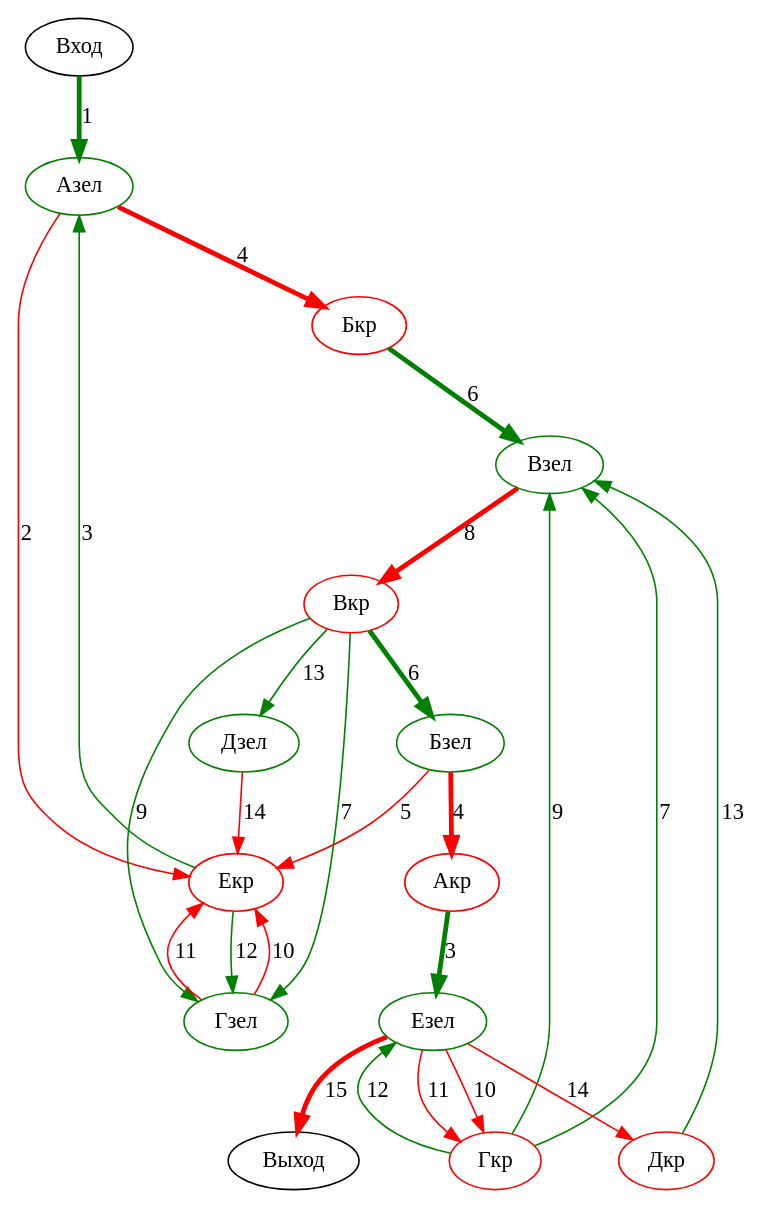
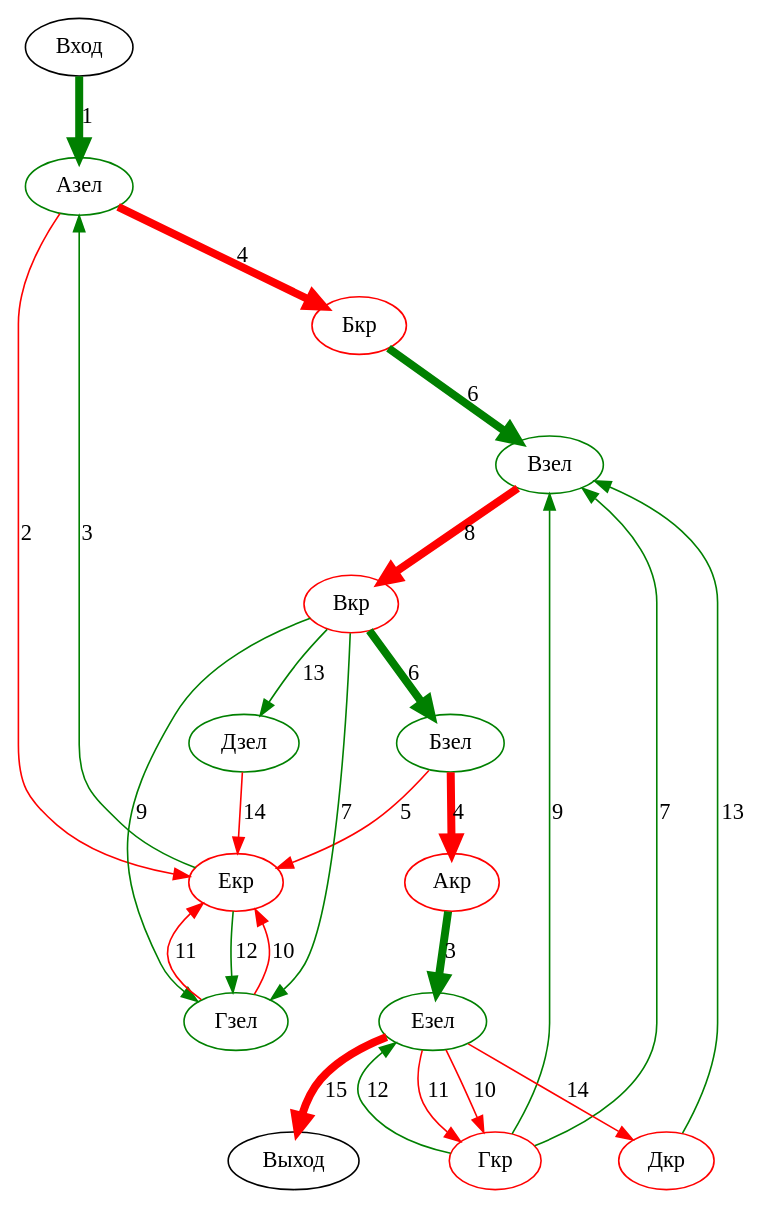
Before and after one commit to ten0s/blog-code: the diagram in maze-systematic-approach/maze-graph-path.dot, drawn with Graphviz. The commit also changed 6 other files, not shown here.

```diff
--- a/maze-systematic-approach/maze-graph-path.dot
+++ b/maze-systematic-approach/maze-graph-path.dot
@@ -1,50 +1,50 @@
 digraph {
   Вход
   Выход
   Азел  [color="green"]
   Акр   [color="red"]
   Бзел  [color="green"]
   Бкр   [color="red"]
   Взел  [color="green"]
   Вкр   [color="red"]
   Гзел  [color="green"]
   Гкр   [color="red"]
   Дзел  [color="green"]
   Дкр   [color="red"]
   Езел  [color="green"]
   Екр   [color="red"]
 
-  Вход -> Азел  [label="1", color="green", penwidth=3]
+  Вход -> Азел  [label="1", color="green", penwidth=5]
 
   Азел -> Екр   [label="2", color="red"]
-  Азел -> Бкр   [label="4", color="red", penwidth=3]
-  Акр  -> Езел  [label="3", color="green", penwidth=3]
-  Бзел -> Акр   [label="4", color="red", penwidth=3]
+  Азел -> Бкр   [label="4", color="red", penwidth=5]
+  Акр  -> Езел  [label="3", color="green", penwidth=5]
+  Бзел -> Акр   [label="4", color="red", penwidth=5]
   Бзел -> Екр   [label="5", color="red"]
-  Бкр  -> Взел  [label="6", color="green", penwidth=3]
-  Взел -> Вкр   [label="8", color="red", penwidth=3]
-  Вкр  -> Бзел  [label="6", color="green", penwidth=3]
+  Бкр  -> Взел  [label="6", color="green", penwidth=5]
+  Взел -> Вкр   [label="8", color="red", penwidth=5]
+  Вкр  -> Бзел  [label="6", color="green", penwidth=5]
 
   Вкр  -> Гзел  [label="7", color="green"]
   Вкр  -> Гзел  [label="9", color="green"]
 
   Вкр  -> Дзел  [label="13", color="green"]
   Гзел -> Екр   [label="10", color="red"]
   Гзел -> Екр   [label="11", color="red"]
 
   Гкр  -> Взел  [label="7", color="green"]
   Гкр  -> Взел  [label="9", color="green"]
 
   Гкр  -> Езел  [label="12", color="green"]
   Дзел -> Екр   [label="14", color="red"]
   Дкр  -> Взел  [label="13", color="green"]
 
   Езел -> Гкр   [label="10", color="red"]
   Езел -> Гкр   [label="11", color="red"]
 
   Езел -> Дкр   [label="14", color="red"]
   Екр  -> Азел  [label="3" , color="green"]
   Екр  -> Гзел  [label="12", color="green"]
 
-  Езел -> Выход [label="15", color="red", penwidth=3]
+  Езел -> Выход [label="15", color="red", penwidth=5]
 }
```
